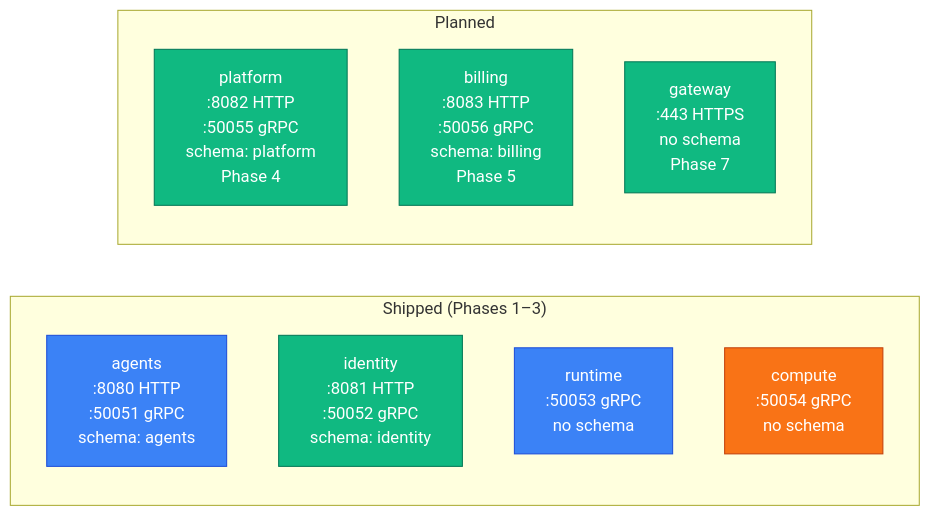
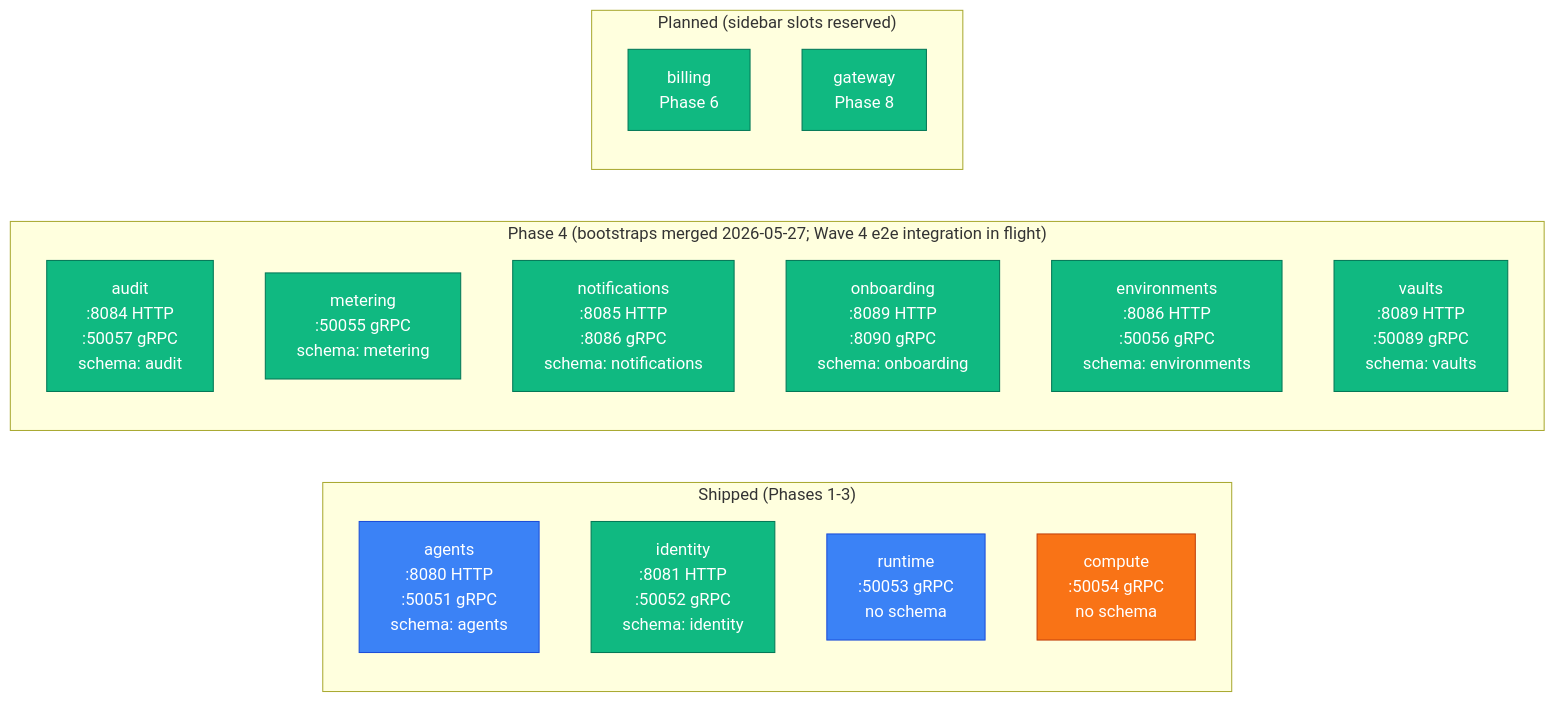
The diagram in docs/src/content/docs/architecture/service-map.md (paper-board/.github), drawn with Mermaid before and after one commit. The commit also changed other lines of this file and 9 other files, not shown here.

````diff
--- a/docs/src/content/docs/architecture/service-map.md
+++ b/docs/src/content/docs/architecture/service-map.md
@@ -16,25 +16,33 @@
 ```mermaid
 flowchart LR
-  subgraph shipped["Shipped (Phases 1–3)"]
-    agents["agents\n:8080 HTTP\n:50051 gRPC\nschema: agents"]
-    identity["identity\n:8081 HTTP\n:50052 gRPC\nschema: identity"]
-    runtime["runtime\n:50053 gRPC\nno schema"]
-    compute["compute\n:50054 gRPC\nno schema"]
+  subgraph shipped["Shipped (Phases 1-3)"]
+    agents["agents<br/>:8080 HTTP<br/>:50051 gRPC<br/>schema: agents"]
+    identity["identity<br/>:8081 HTTP<br/>:50052 gRPC<br/>schema: identity"]
+    runtime["runtime<br/>:50053 gRPC<br/>no schema"]
+    compute["compute<br/>:50054 gRPC<br/>no schema"]
   end
 
-  subgraph planned["Planned"]
-    platform["platform\n:8082 HTTP\n:50055 gRPC\nschema: platform\nPhase 4"]
-    billing["billing\n:8083 HTTP\n:50056 gRPC\nschema: billing\nPhase 5"]
-    gateway["gateway\n:443 HTTPS\nno schema\nPhase 7"]
+  subgraph phase4["Phase 4 (bootstraps merged 2026-05-27; Wave 4 e2e integration in flight)"]
+    audit["audit<br/>:8084 HTTP<br/>:50057 gRPC<br/>schema: audit"]
+    metering["metering<br/>:50055 gRPC<br/>schema: metering"]
+    notifications["notifications<br/>:8085 HTTP<br/>:8086 gRPC<br/>schema: notifications"]
+    onboarding["onboarding<br/>:8089 HTTP<br/>:8090 gRPC<br/>schema: onboarding"]
+    environments["environments<br/>:8086 HTTP<br/>:50056 gRPC<br/>schema: environments"]
+    vaults["vaults<br/>:8089 HTTP<br/>:50089 gRPC<br/>schema: vaults"]
+  end
+
+  subgraph planned["Planned (sidebar slots reserved)"]
+    billing["billing<br/>Phase 6"]
+    gateway["gateway<br/>Phase 8"]
   end
 
   classDef controlPlane fill:#10b981,stroke:#047857,color:#fff
   classDef dataPlane fill:#3b82f6,stroke:#1d4ed8,color:#fff
   classDef sandbox fill:#f97316,stroke:#c2410c,color:#fff
   classDef external fill:#ef4444,stroke:#b91c1c,color:#fff
   classDef persistence fill:#6b7280,stroke:#374151,color:#fff
 
-  class identity,platform,billing,gateway controlPlane
+  class identity,audit,metering,notifications,onboarding,environments,vaults,billing,gateway controlPlane
   class agents,runtime dataPlane
   class compute sandbox
 ```
````
